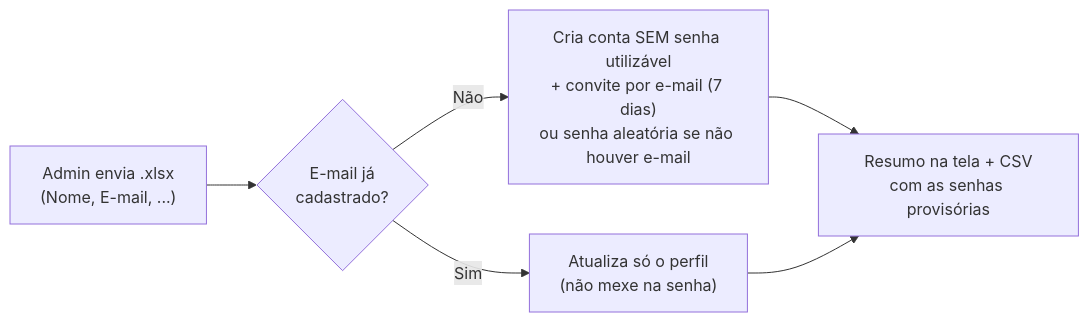
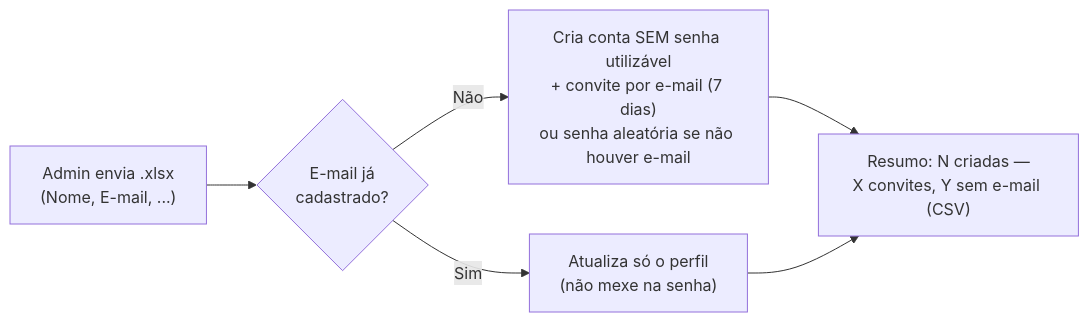
One commit to Vaniteux2006/pdv_memphis changed the fourth of 5 diagrams in docs/04-fluxos-bpmn.md. Above: the diagram before and after it, drawn with Mermaid. The commit also changed other lines of this file and 7 other files, not shown here.

````diff
--- a/docs/04-fluxos-bpmn.md
+++ b/docs/04-fluxos-bpmn.md
@@ -85,8 +88,8 @@
 ```mermaid
 flowchart LR
   E1["Admin envia .xlsx<br/>(Nome, E-mail, ...)"] --> E2{"E-mail já<br/>cadastrado?"}
   E2 -- Não --> E3["Cria conta SEM senha utilizável<br/>+ convite por e-mail (7 dias)<br/>ou senha aleatória se não houver e-mail"]
   E2 -- Sim --> E4["Atualiza só o perfil<br/>(não mexe na senha)"]
-  E3 --> E5["Resumo na tela + CSV<br/>com as senhas provisórias"]
+  E3 --> E5["Resumo: N criadas —<br/>X convites, Y sem e-mail (CSV)"]
   E4 --> E5
 ```
````
